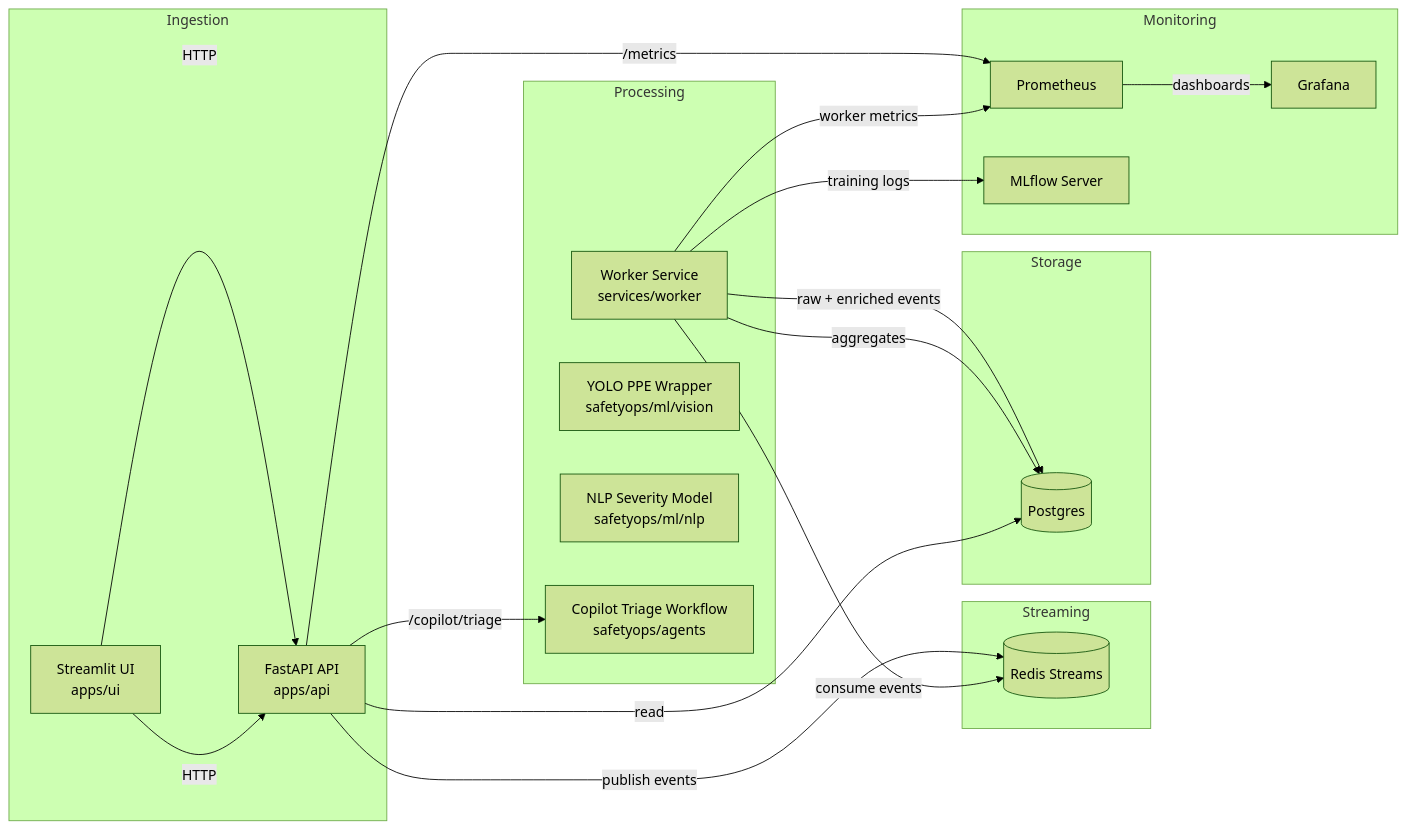
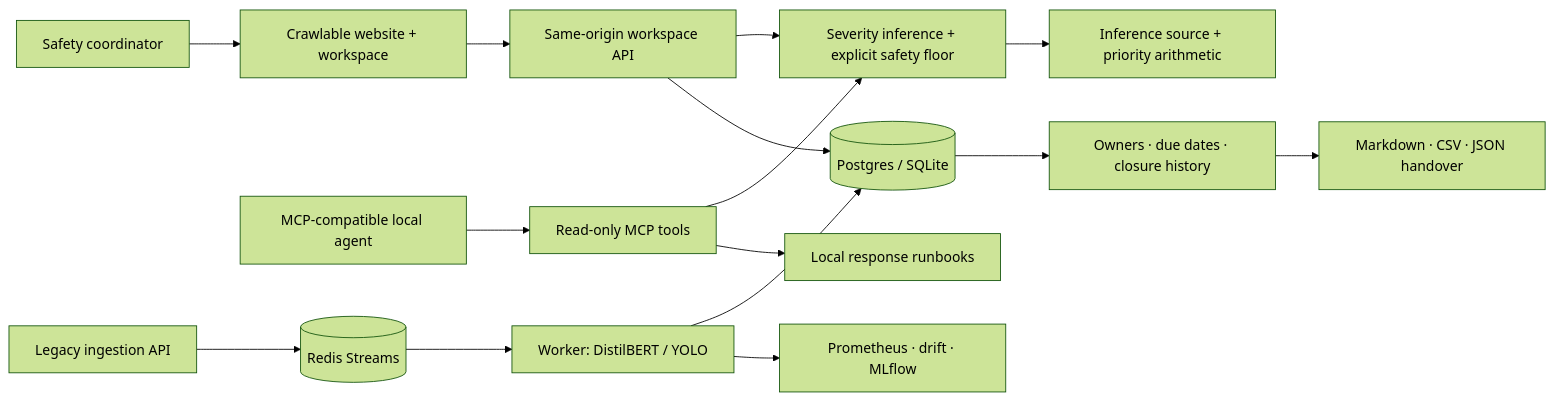
One commit to brej-29/safetyops-copilot changed the first of 2 diagrams in README.md. Above: the diagram before and after it, drawn with Mermaid (forest theme). The commit also changed other lines of this file and 58 other files, not shown here.

Commit message:
Ship persistent safety workspace, explainable triage and portfolio kit

````diff
--- a/README.md
+++ b/README.md
@@ -41,44 +48,17 @@
 ```mermaid
 flowchart LR
-    subgraph Ingestion
-        UI[Streamlit UI<br/>apps/ui]
-        API[FastAPI API<br/>apps/api]
-    end
-
-    subgraph Streaming
-        RS[(Redis Streams)]
-    end
-
-    subgraph Processing
-        W[Worker Service<br/>services/worker]
-        MLVision[YOLO PPE Wrapper<br/>safetyops/ml/vision]
-        MLText[NLP Severity Model<br/>safetyops/ml/nlp]
-        Agent[Copilot Triage Workflow<br/>safetyops/agents]
-    end
-
-    subgraph Storage
-        PG[(Postgres)]
-    end
-
-    subgraph Monitoring
-        Prom[Prometheus]
-        Graf[Grafana]
-        MLflow[MLflow Server]
-    end
-
-    UI -- HTTP --> API
-    API -- publish events --> RS
-    W -- consume events --> RS
-    W -- raw + enriched events --> PG
-    W -- aggregates --> PG
-
-    API -- read --> PG
-    UI -- HTTP --> API
-    API -- /copilot/triage --> Agent
-
-    API -- /metrics --> Prom
-    W -- worker metrics --> Prom
-    Prom -- dashboards --> Graf
-
-    W -- training logs --> MLflow
+    Person[Safety coordinator] --> Web[Crawlable website + workspace]
+    Web --> Workspace[Same-origin workspace API]
+    Workspace --> Assessment[Severity inference + explicit safety floor]
+    Workspace --> SQL[(Postgres / SQLite)]
+    SQL --> Actions[Owners · due dates · closure history]
+    Actions --> Export[Markdown · CSV · JSON handover]
+    Assessment --> Explain[Inference source + priority arithmetic]
+    Agent[MCP-compatible local agent] --> MCP[Read-only MCP tools]
+    MCP --> Assessment
+    MCP --> Runbooks[Local response runbooks]
+    Legacy[Legacy ingestion API] --> Redis[(Redis Streams)]
+    Redis --> Worker[Worker: DistilBERT / YOLO]
+    Worker --> SQL
+    Worker --> Metrics[Prometheus · drift · MLflow]
 ```
````
